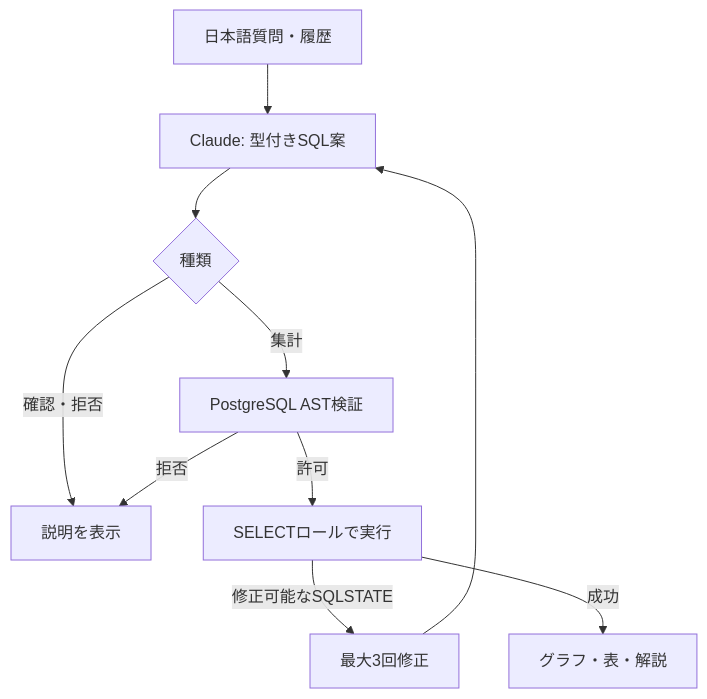
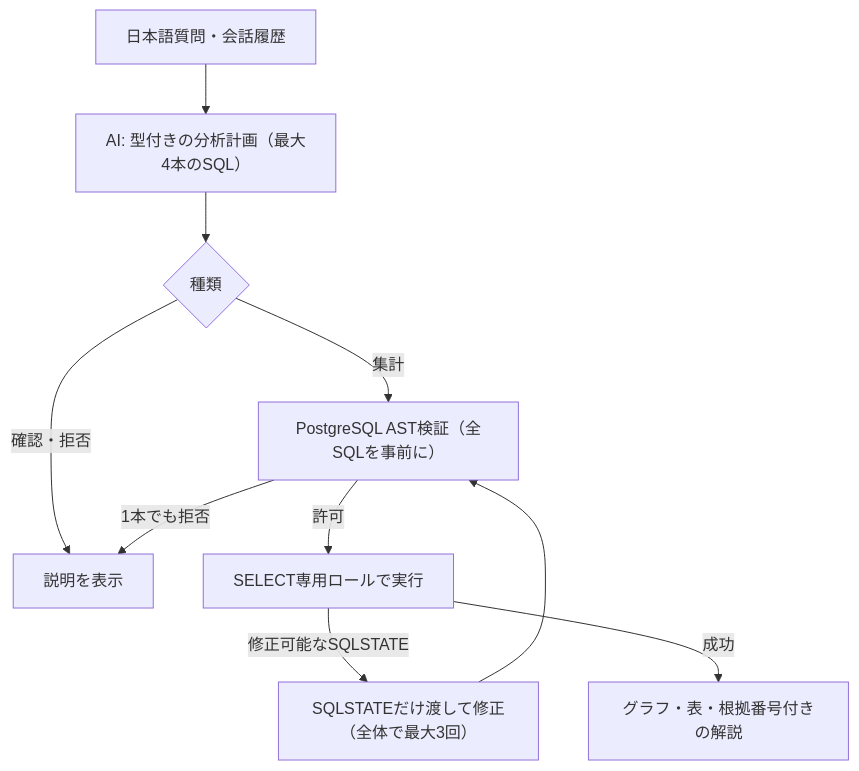
One commit to Ryou-Koshimizu/japanese-data-agent changed the diagram in README.md. Above: the diagram before and after it, drawn with Mermaid. The commit also changed other lines of this file and 2 other files, not shown here.

````diff
--- a/README.md
+++ b/README.md
@@ -136,12 +69,12 @@
 ```mermaid
 flowchart TD
-    Q["日本語質問・履歴"] --> P["Claude: 型付きSQL案"]
+    Q["日本語質問・会話履歴"] --> P["AI: 型付きの分析計画（最大4本のSQL）"]
     P --> K{"種類"}
     K -->|確認・拒否| R["説明を表示"]
-    K -->|集計| V["PostgreSQL AST検証"]
-    V -->|拒否| R
-    V -->|許可| D["SELECTロールで実行"]
-    D -->|修正可能なSQLSTATE| F["最大3回修正"]
-    F --> P
-    D -->|成功| A["グラフ・表・解説"]
+    K -->|集計| V["PostgreSQL AST検証（全SQLを事前に）"]
+    V -->|1本でも拒否| R
+    V -->|許可| D["SELECT専用ロールで実行"]
+    D -->|修正可能なSQLSTATE| F["SQLSTATEだけ渡して修正（全体で最大3回）"]
+    F --> V
+    D -->|成功| A["グラフ・表・根拠番号付きの解説"]
 ```
````
